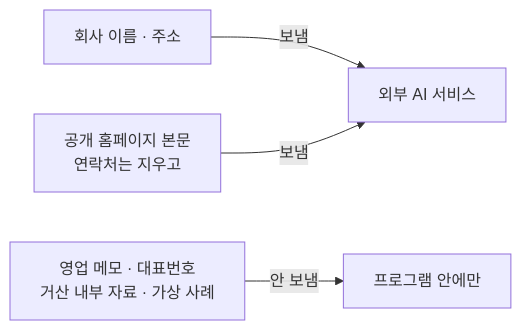
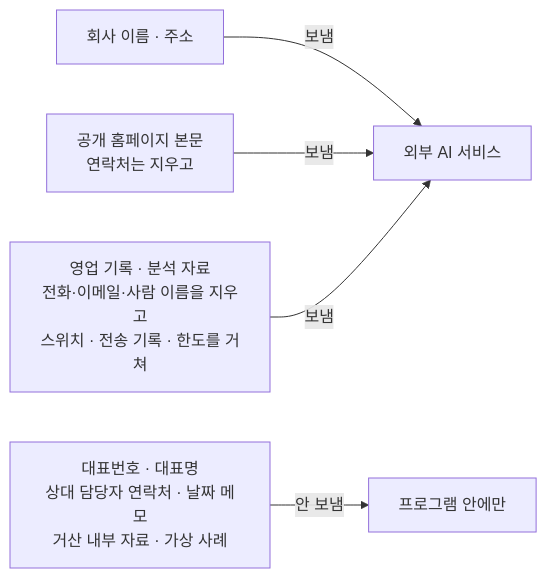
Before and after one commit to agent-ddalgi-team/final-geosan: the third of 3 diagrams in docs/map/structure-map.md, drawn with Mermaid. The commit also changed other lines of this file and 4 other files, not shown here.

````diff
--- a/docs/map/structure-map.md
+++ b/docs/map/structure-map.md
@@ -242,6 +290,7 @@
 ```mermaid
 flowchart LR
     A["회사 이름 · 주소"] -->|"보냄"| X["외부 AI 서비스"]
     B["공개 홈페이지 본문<br/>연락처는 지우고"] -->|"보냄"| X
-    C["영업 메모 · 대표번호<br/>거산 내부 자료 · 가상 사례"] -->|"안 보냄"| N["프로그램 안에만"]
+    R["영업 기록 · 분석 자료<br/>전화·이메일·사람 이름을 지우고<br/>스위치 · 전송 기록 · 한도를 거쳐"] -->|"보냄"| X
+    C["대표번호 · 대표명<br/>상대 담당자 연락처 · 날짜 메모<br/>거산 내부 자료 · 가상 사례"] -->|"안 보냄"| N["프로그램 안에만"]
 ```
````
